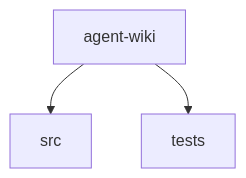
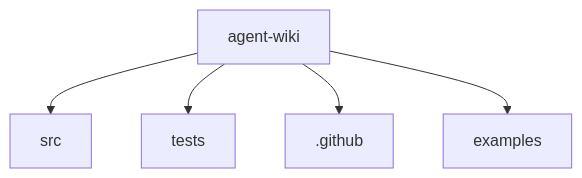
Before and after one commit to MarshallMoorman/AgentWiki: the diagram in docs/wiki/architecture.md, drawn with Mermaid. The commit also changed other lines of this file and 29 other files, not shown here.

````diff
--- a/docs/wiki/architecture.md
+++ b/docs/wiki/architecture.md
@@ -15,6 +15,8 @@
 ```mermaid
 flowchart TB
     Root[agent-wiki]
     Root --> N0[src]
     Root --> N1[tests]
+    Root --> N2[.github]
+    Root --> N3[examples]
 ```
````
